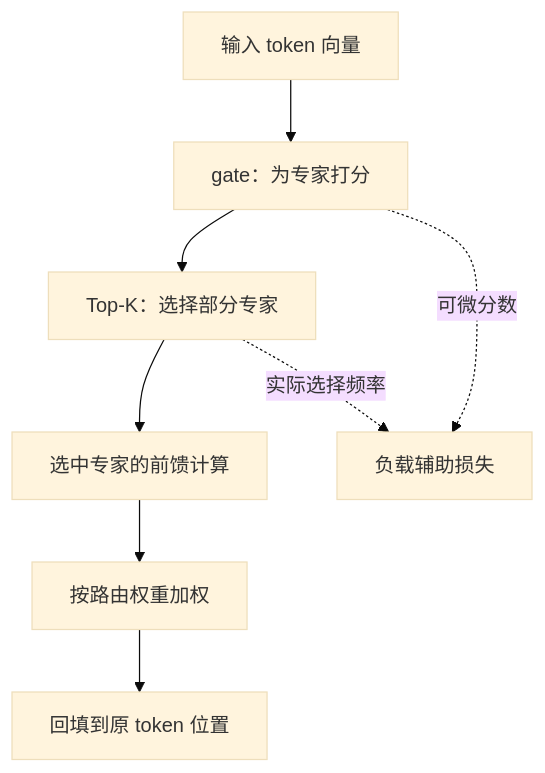
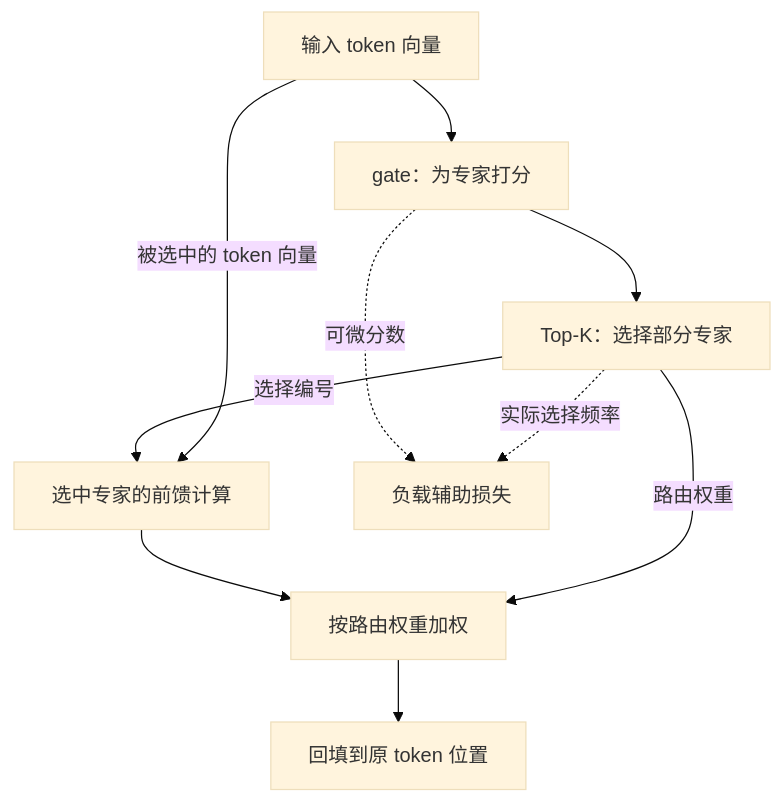
Before and after one commit to cluster1900/minimind_reader: the first of 2 diagrams in book/09-moe/README.md, drawn with Mermaid (base theme). The commit also changed other lines of this file and 66 other files, not shown here.

````diff
--- a/book/09-moe/README.md
+++ b/book/09-moe/README.md
@@ -42,10 +43,12 @@
 ```mermaid
 flowchart TD
     X["输入 token 向量"] --> G["gate：为专家打分"]
     G --> K["Top-K：选择部分专家"]
-    K --> E1["选中专家的前馈计算"]
+    K -->|选择编号| E1["选中专家的前馈计算"]
+    X -->|被选中的 token 向量| E1
     E1 --> W["按路由权重加权"]
+    K -->|路由权重| W
     W --> Y["回填到原 token 位置"]
     G -. "可微分数" .-> A["负载辅助损失"]
     K -. "实际选择频率" .-> A
 ```
````
